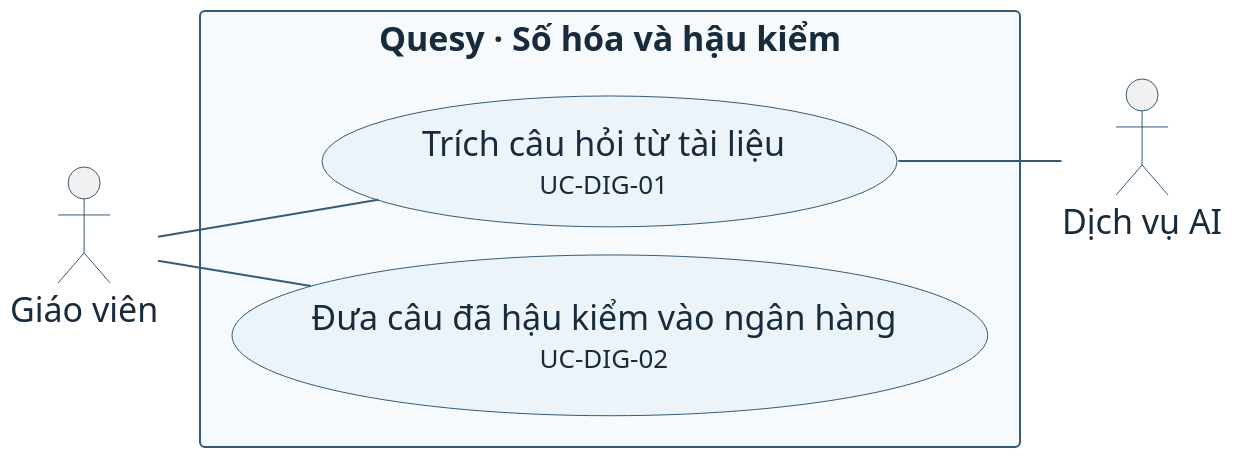
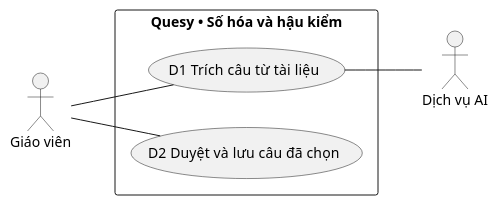
One commit to ngnsusinn/quesy changed the diagram in docs/bao_cao_hien_trang/plantuml/uc_digitize.puml. Above: the diagram before and after it, drawn with PlantUML. The commit also changed 24 other files, not shown here.

Commit message:
docs: rewrite Quesy system reports with default PlantUML diagrams

```diff
--- a/docs/bao_cao_hien_trang/plantuml/uc_digitize.puml
+++ b/docs/bao_cao_hien_trang/plantuml/uc_digitize.puml
@@ -1,30 +1,12 @@
 @startuml
-skinparam backgroundColor white
-skinparam defaultFontName Segoe UI
-skinparam defaultFontSize 17
-skinparam shadowing false
-skinparam ArrowColor #365B76
-skinparam defaultFontColor #172B3C
-skinparam nodesep 24
-skinparam ranksep 26
-scale 2
-skinparam usecaseBackgroundColor #EDF4F9
-skinparam usecaseBorderColor #365B76
-skinparam actorBorderColor #365B76
-skinparam rectangleBackgroundColor #F7FAFC
-skinparam rectangleBorderColor #365B76
-skinparam nodesep 14
-skinparam ranksep 37
-
 left to right direction
-actor "Giáo viên" as Teacher
-rectangle "Quesy · Số hóa và hậu kiểm" {
-  usecase "Trích câu hỏi từ tài liệu\n<size:13>UC-DIG-01</size>" as U1
-  usecase "Đưa câu đã hậu kiểm vào ngân hàng\n<size:13>UC-DIG-02</size>" as U2
+actor "Giáo viên" as T
+rectangle "Quesy • Số hóa và hậu kiểm" {
+  usecase "D1  Trích câu từ tài liệu" as D1
+  usecase "D2  Duyệt và lưu câu đã chọn" as D2
 }
+T -- D1
+T -- D2
 actor "Dịch vụ AI" as AI
-Teacher -- U1
-U1 -- AI
-Teacher -- U2
-U2 -[hidden]right- U1
+D1 -- AI
 @enduml
```
